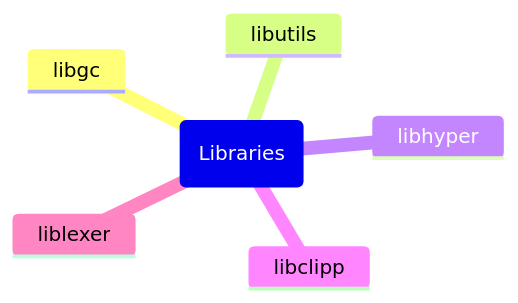
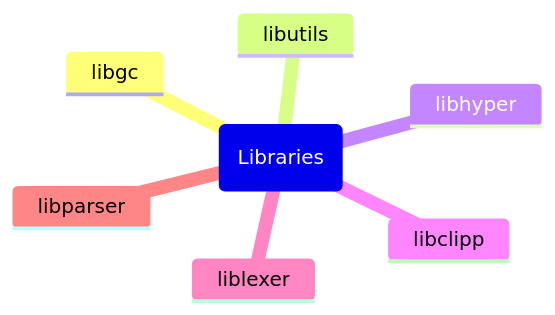
One commit to frefolli/frefolli changed the fifth of 5 diagrams in README.md. Above: the diagram before and after it, drawn with Mermaid.

````diff
--- a/README.md
+++ b/README.md
@@ -70,9 +70,10 @@
 ```mermaid
 mindmap
   root(Libraries)
     libgc
     libutils
     libhyper
     libclipp
     liblexer
+    libparser
 ```
````
